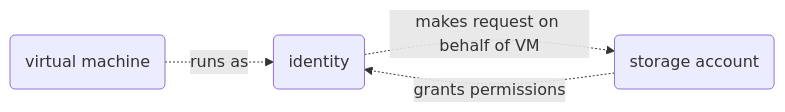
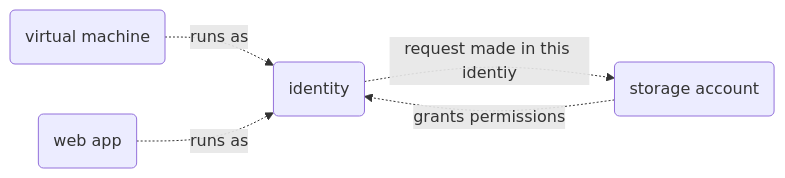
Before and after one commit to CompositionalIT/farmer: the first of 2 diagrams in docs/content/api-overview/resources/managed-identity.md, drawn with Mermaid. The commit also changed other lines of this file, not shown here.

Commit message:
Slight changes to doc

```diff
--- a/docs/content/api-overview/resources/managed-identity.md
+++ b/docs/content/api-overview/resources/managed-identity.md
@@ -27,9 +27,10 @@
 {{<mermaid align="left">}}
 graph LR
 
 A(identity)
 B(virtual machine)-. runs as .->A
+D(web app)-. runs as .->A
 C(storage account)-. grants permissions .->A
-A -. makes request on behalf of VM .->C
+A -. request made in this identiy .->C
 
 {{< /mermaid >}}
```
